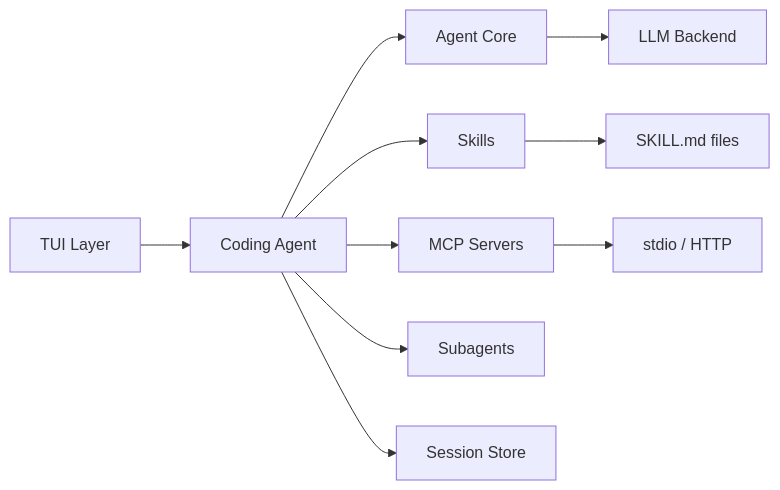
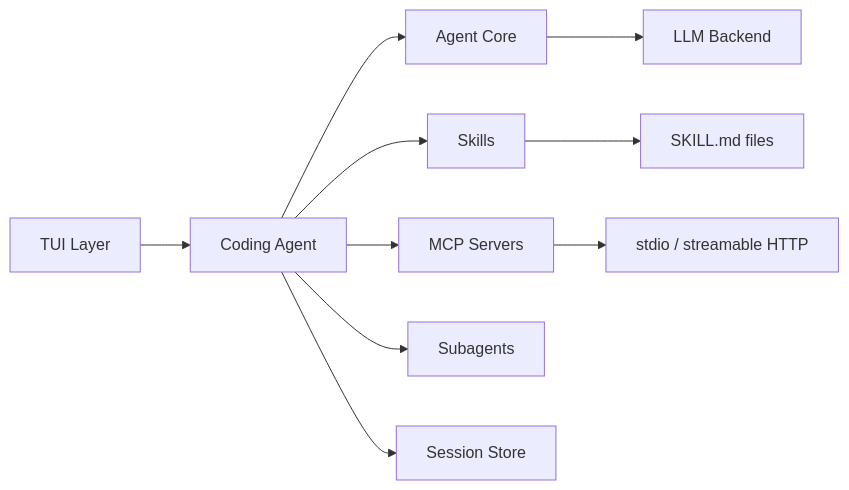
Before and after one commit to lseman/logician: the diagram in docs/index.md, drawn with Mermaid. The commit also changed other lines of this file and 42 other files, not shown here.

````diff
--- a/docs/index.md
+++ b/docs/index.md
@@ -44,12 +44,12 @@
 ```mermaid
 graph LR
   A[TUI Layer] --> B[Coding Agent]
   B --> C[Agent Core]
   C --> D[LLM Backend]
   B --> E[Skills]
   B --> F[MCP Servers]
   B --> G[Subagents]
   B --> H[Session Store]
   E --> I[SKILL.md files]
-  F --> J[stdio / HTTP]
+  F --> J[stdio / streamable HTTP]
 ```
````
